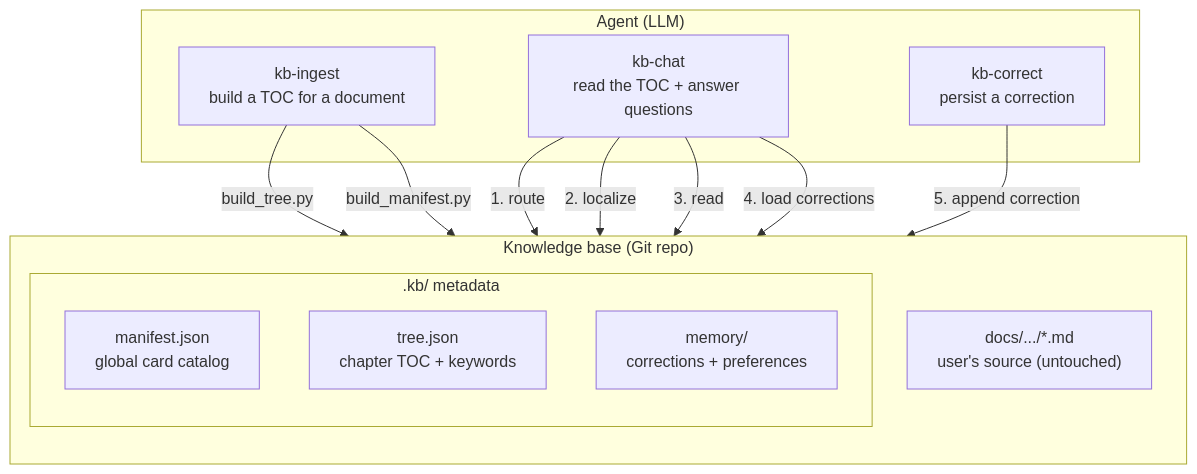
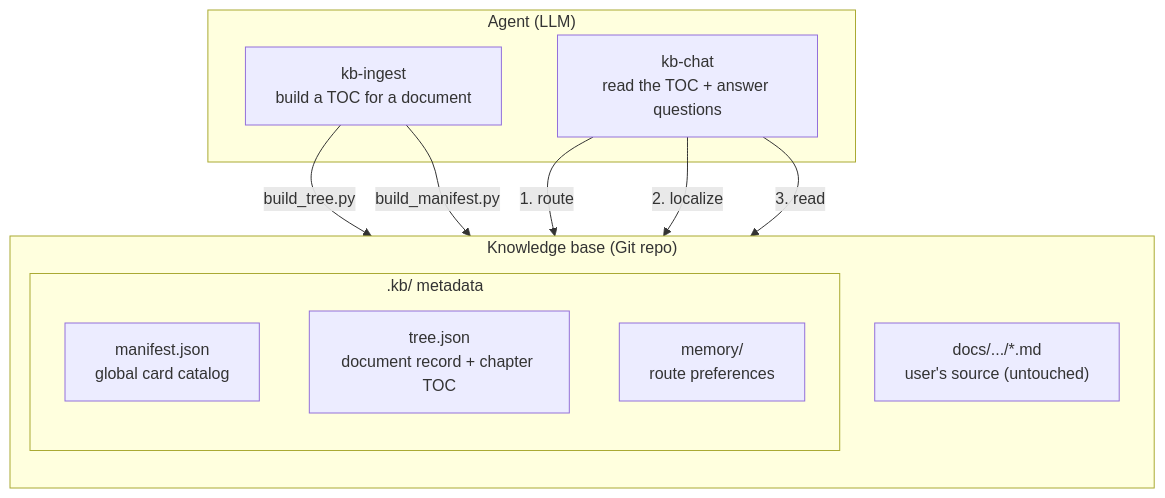
Before and after one commit to waylondev/kb-pilot: the second of 3 diagrams in README.md, drawn with Mermaid. The commit also changed other lines of this file and 7 other files, not shown here.

````diff
--- a/README.md
+++ b/README.md
@@ -93,26 +87,23 @@
 ```mermaid
 graph TB
     subgraph Agent["Agent (LLM)"]
         INGEST["kb-ingest<br/>build a TOC for a document"]
         CHAT["kb-chat<br/>read the TOC + answer questions"]
-        CORRECT["kb-correct<br/>persist a correction"]
     end
 
     subgraph KB["Knowledge base (Git repo)"]
         direction TB
         subgraph Meta[".kb/ metadata"]
             MANIFEST["manifest.json<br/>global card catalog"]
-            TREE["tree.json<br/>chapter TOC + keywords"]
-            MEMORY["memory/<br/>corrections + preferences"]
+            TREE["tree.json<br/>document record + chapter TOC"]
+            PREF["memory/<br/>route preferences"]
         end
         SOURCE["docs/.../*.md<br/>user's source (untouched)"]
     end
 
     INGEST -->|"build_tree.py"| TREE
     INGEST -->|"build_manifest.py"| MANIFEST
     CHAT -->|"1. route"| MANIFEST
     CHAT -->|"2. localize"| TREE
     CHAT -->|"3. read"| SOURCE
-    CHAT -->|"4. load corrections"| MEMORY
-    CORRECT -->|"5. append correction"| MEMORY
 ```
````
